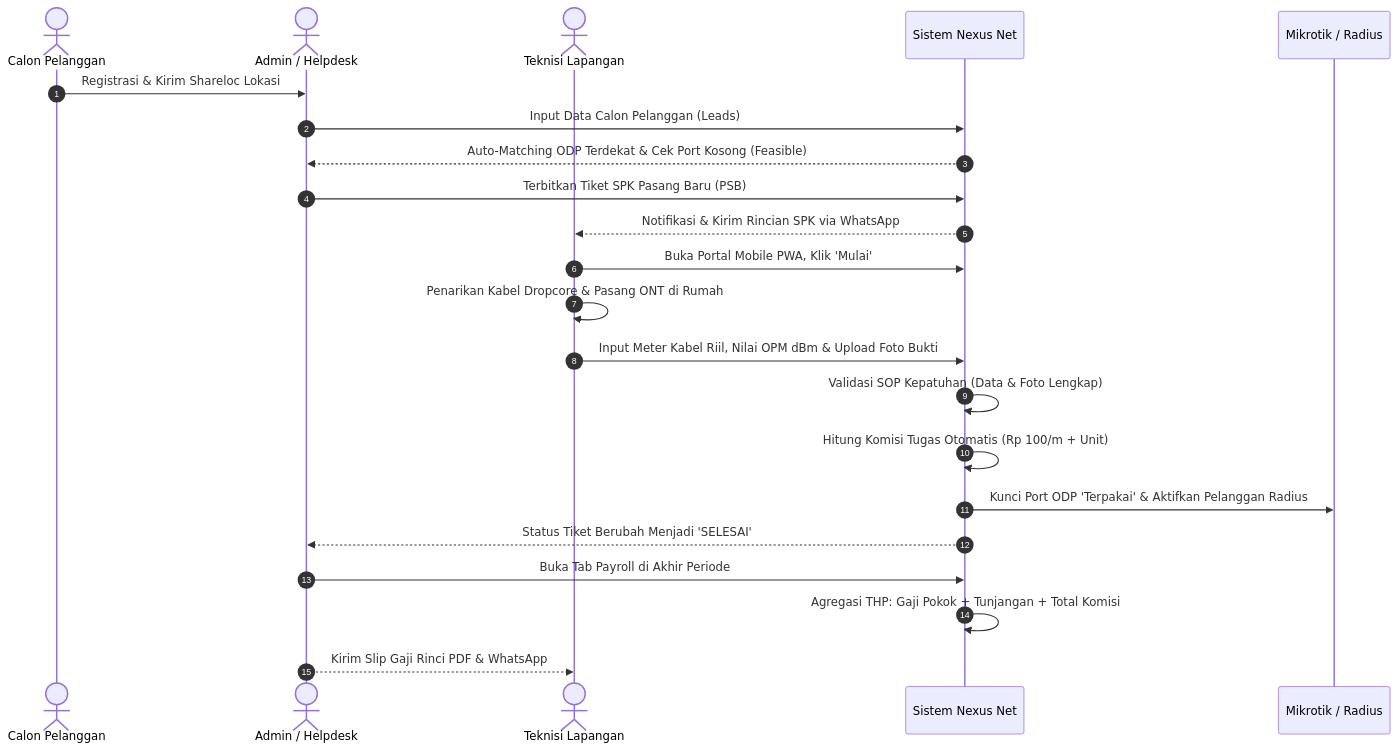
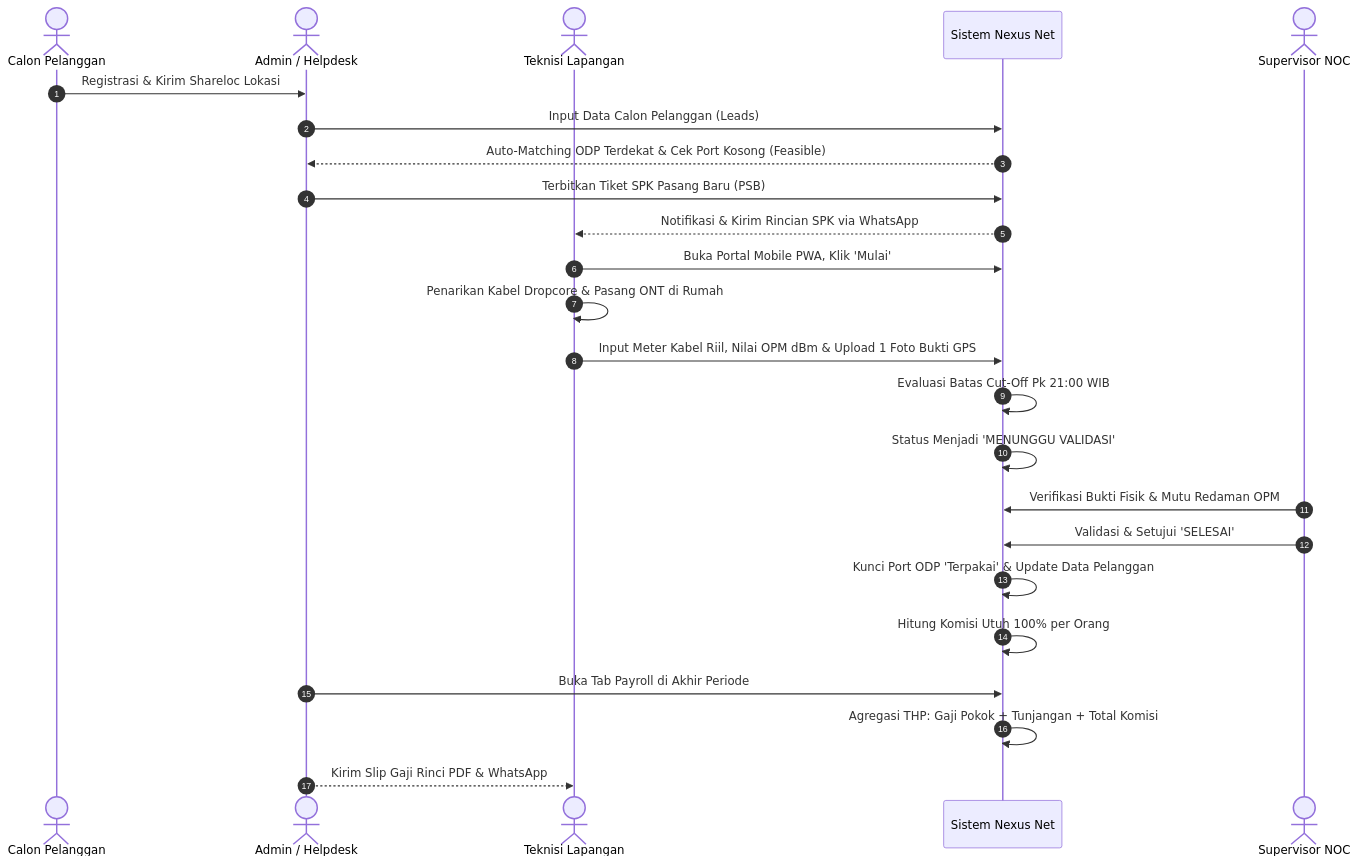
One commit to kurniaptk-dotcom/nexus-net-management changed the diagram in presentation/DOKUMEN_PEMBAHASAN_FITUR_DAN_ALUR_KERJA.md. Above: the diagram before and after it, drawn with Mermaid. The commit also changed other lines of this file and 7 other files, not shown here.

Commit message:
refactor: harmonisasi menyeluruh terminologi data pelanggan, SOP 1 foto, dan dokumen presentasi

````diff
--- a/presentation/DOKUMEN_PEMBAHASAN_FITUR_DAN_ALUR_KERJA.md
+++ b/presentation/DOKUMEN_PEMBAHASAN_FITUR_DAN_ALUR_KERJA.md
@@ -161,25 +162,27 @@
 ```mermaid
 sequenceDiagram
     autonumber
     actor C as Calon Pelanggan
     actor A as Admin / Helpdesk
     actor T as Teknisi Lapangan
     participant S as Sistem Nexus Net
-    participant M as Mikrotik / Radius
+    actor SPV as Supervisor NOC
 
     C->>A: Registrasi & Kirim Shareloc Lokasi
     A->>S: Input Data Calon Pelanggan (Leads)
     S-->>A: Auto-Matching ODP Terdekat & Cek Port Kosong (Feasible)
     A->>S: Terbitkan Tiket SPK Pasang Baru (PSB)
     S-->>T: Notifikasi & Kirim Rincian SPK via WhatsApp
     T->>S: Buka Portal Mobile PWA, Klik 'Mulai'
     T->>T: Penarikan Kabel Dropcore & Pasang ONT di Rumah
-    T->>S: Input Meter Kabel Riil, Nilai OPM dBm & Upload Foto Bukti
-    S->>S: Validasi SOP Kepatuhan (Data & Foto Lengkap)
-    S->>S: Hitung Komisi Tugas Otomatis (Rp 100/m + Unit)
-    S->>M: Kunci Port ODP 'Terpakai' & Aktifkan Pelanggan Radius
-    S-->>A: Status Tiket Berubah Menjadi 'SELESAI'
+    T->>S: Input Meter Kabel Riil, Nilai OPM dBm & Upload 1 Foto Bukti GPS
+    S->>S: Evaluasi Batas Cut-Off Pk 21:00 WIB
+    S->>S: Status Menjadi 'MENUNGGU VALIDASI'
+    SPV->>S: Verifikasi Bukti Fisik & Mutu Redaman OPM
+    SPV->>S: Validasi & Setujui 'SELESAI'
+    S->>S: Kunci Port ODP 'Terpakai' & Update Data Pelanggan
+    S->>S: Hitung Komisi Utuh 100% per Orang
     A->>S: Buka Tab Payroll di Akhir Periode
     S->>S: Agregasi THP: Gaji Pokok + Tunjangan + Total Komisi
     A-->>T: Kirim Slip Gaji Rinci PDF & WhatsApp
 ```
````
